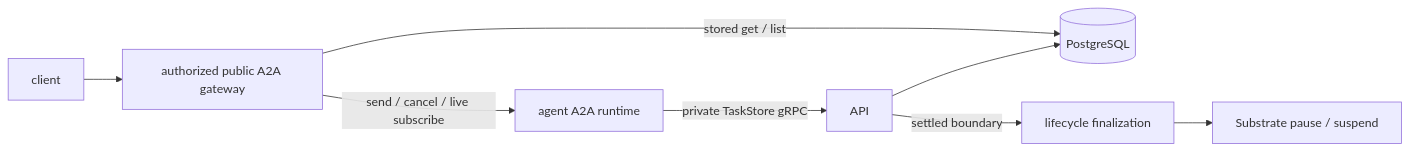
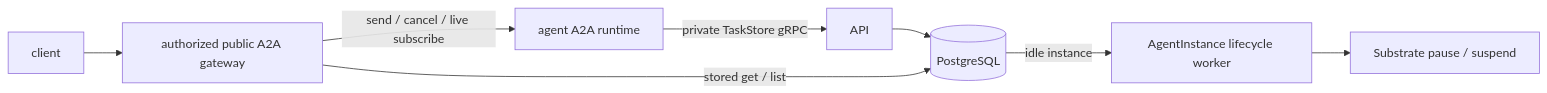
Before and after one commit to kagent-dev/kagent: the diagram in docs/architecture/a2a-gateway.md, drawn with Mermaid. The commit also changed other lines of this file and 30 other files, not shown here.

````diff
--- a/docs/architecture/a2a-gateway.md
+++ b/docs/architecture/a2a-gateway.md
@@ -26,10 +26,10 @@
 ```mermaid
 flowchart LR
     CLIENT[client] --> GATEWAY[authorized public A2A gateway]
     GATEWAY -->|send / cancel / live subscribe| RUNTIME[agent A2A runtime]
     RUNTIME -->|private TaskStore gRPC| API[API]
     API --> DB[(PostgreSQL)]
     GATEWAY -->|stored get / list| DB
-    API -->|settled boundary| WORKER[lifecycle finalization]
+    DB -->|idle instance| WORKER[AgentInstance lifecycle worker]
     WORKER --> SUBSTRATE[Substrate pause / suspend]
 ```
````
